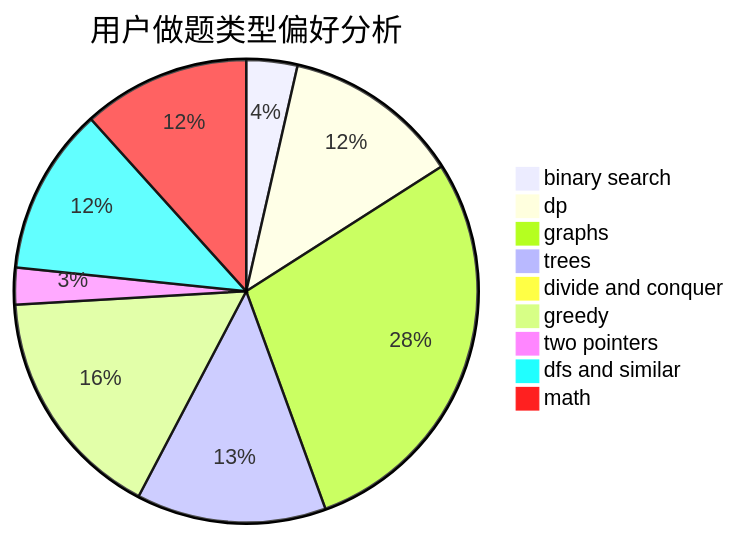
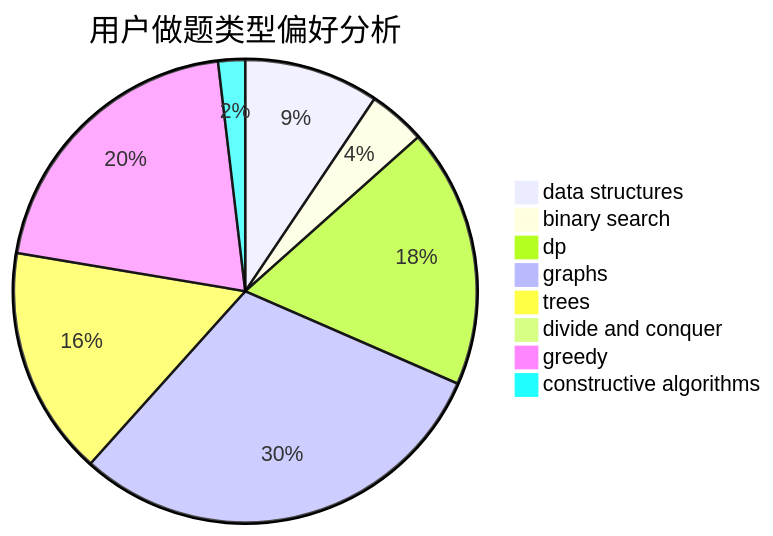
Before and after one commit to sherpahu/cfrs.github.io: the second of 3 diagrams in docs/user/u964.md, drawn with Mermaid. The commit also changed other lines of this file and 2775 other files, not shown here.

````diff
--- a/docs/user/u964.md
+++ b/docs/user/u964.md
@@ -23,12 +23,11 @@
 ```mermaid
 pie title 用户做题类型偏好分析
-    "binary search" :  25
-    "dp" :  87
-    "graphs" :  200
-    "trees" :  93
-    "divide and conquer" :  3
-    "greedy" :  115
-    "two pointers" :  18
-    "dfs and similar" :  82
-    "math" :  82
+    "data structures" :  40
+    "binary search" :  17
+    "dp" :  77
+    "graphs" :  128
+    "trees" :  68
+    "divide and conquer" :  0
+    "greedy" :  87
+    "constructive algorithms" :  8
 ```
````
